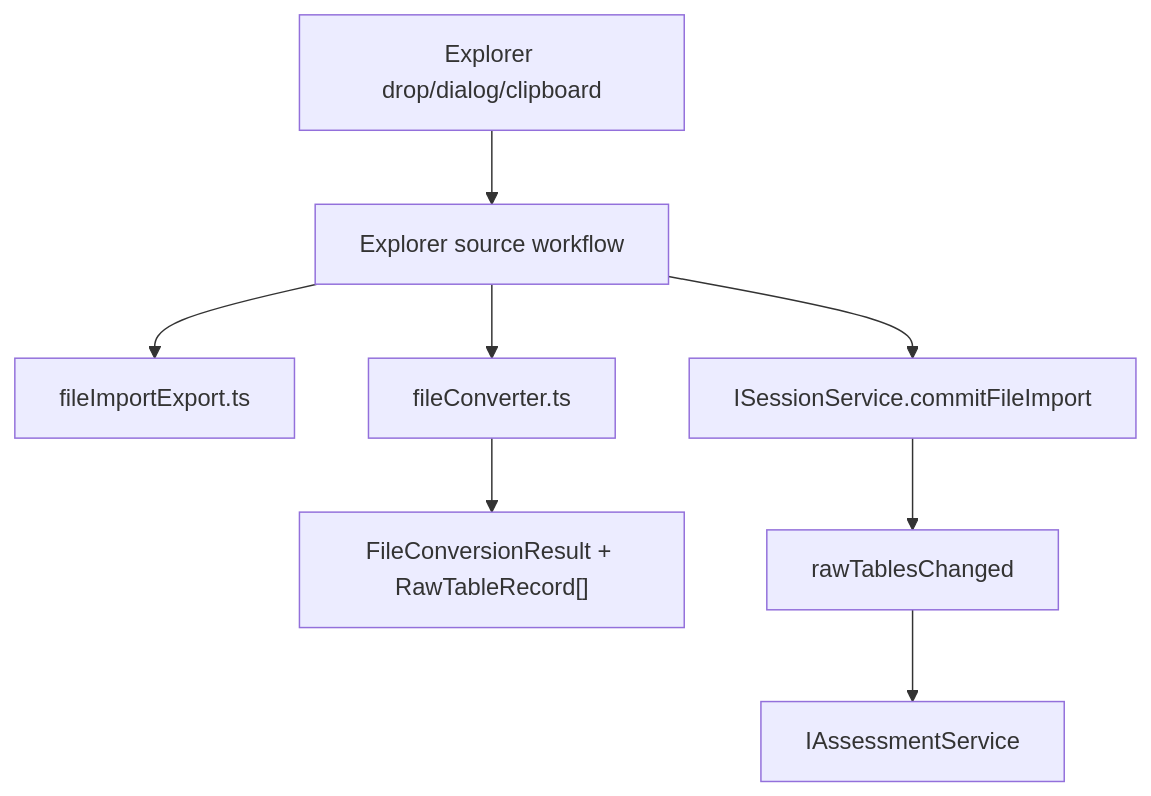
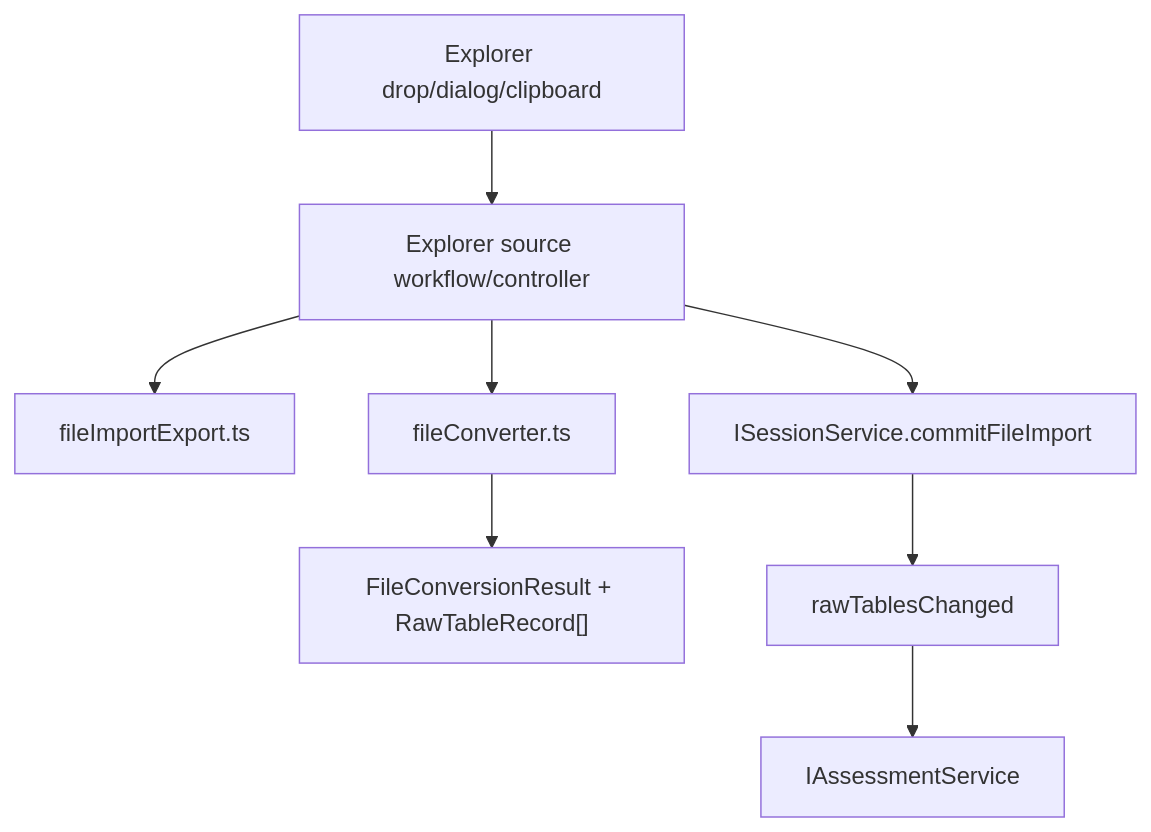
The first of 8 diagrams in .github/instructions/files.instructions.md (chogng/conductor), drawn with Mermaid before and after one commit. The commit also changed other lines of this file and 19 other files, not shown here.

First line of the commit message:
refactor: align chart and file session ownership

````diff
--- a/.github/instructions/files.instructions.md
+++ b/.github/instructions/files.instructions.md
@@ -218,10 +218,10 @@
 ```mermaid
 flowchart TD
-    UI[Explorer drop/dialog/clipboard] --> ExplorerController[Explorer source workflow]
-    ExplorerController --> FileImportExport[fileImportExport.ts]
-    ExplorerController --> Converter[fileConverter.ts]
+    UI[Explorer drop/dialog/clipboard] --> SourceWorkflow[Explorer source workflow/controller]
+    SourceWorkflow --> FileImportExport[fileImportExport.ts]
+    SourceWorkflow --> Converter[fileConverter.ts]
     Converter --> RawTables["FileConversionResult + RawTableRecord[]"]
-    ExplorerController --> Session[ISessionService.commitFileImport]
+    SourceWorkflow --> Session[ISessionService.commitFileImport]
     Session --> Event[rawTablesChanged]
     Event --> Assessment[IAssessmentService]
 ```
````
